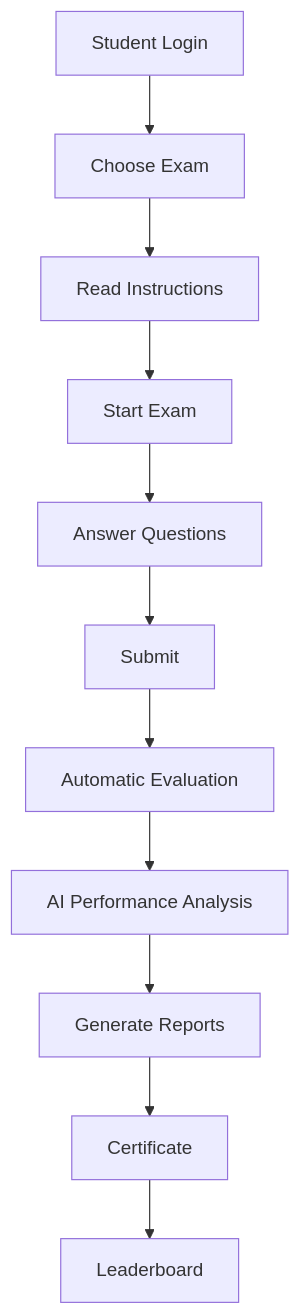
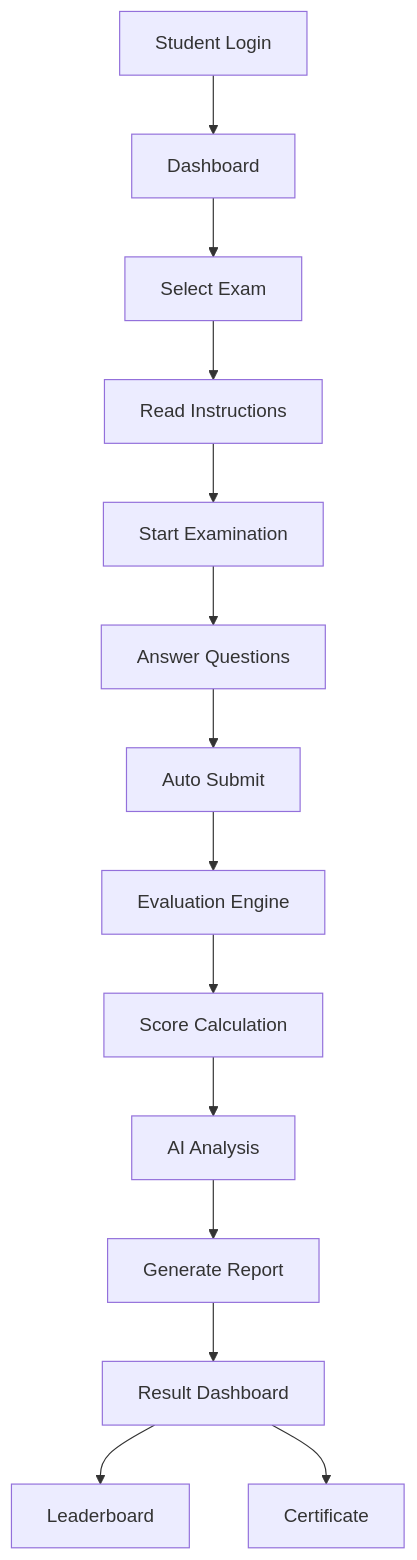
One commit to Venumohan004/AI-Exam-Portal changed the third of 6 diagrams in README.md. Above: the diagram before and after it, drawn with Mermaid. The commit also changed other lines of this file, not shown here.

````diff
--- a/README.md
+++ b/README.md
@@ -1646,25 +330,45 @@
 ```mermaid
 flowchart TD
 
 A[Student Login]
 
-A --> B[Choose Exam]
+B[Dashboard]
 
-B --> C[Read Instructions]
+C[Select Exam]
 
-C --> D[Start Exam]
+D[Read Instructions]
 
-D --> E[Answer Questions]
+E[Start Examination]
 
-E --> F[Submit]
+F[Answer Questions]
 
-F --> G[Automatic Evaluation]
+G[Auto Submit]
 
-G --> H[AI Performance Analysis]
+H[Evaluation Engine]
 
-H --> I[Generate Reports]
+I[Score Calculation]
 
-I --> J[Certificate]
+J[AI Analysis]
 
-J --> K[Leaderboard]
+K[Generate Report]
+
+L[Leaderboard]
+
+M[Certificate]
+
+N[Result Dashboard]
+
+A --> B
+B --> C
+C --> D
+D --> E
+E --> F
+F --> G
+G --> H
+H --> I
+I --> J
+J --> K
+K --> N
+N --> L
+N --> M
 ```
````
